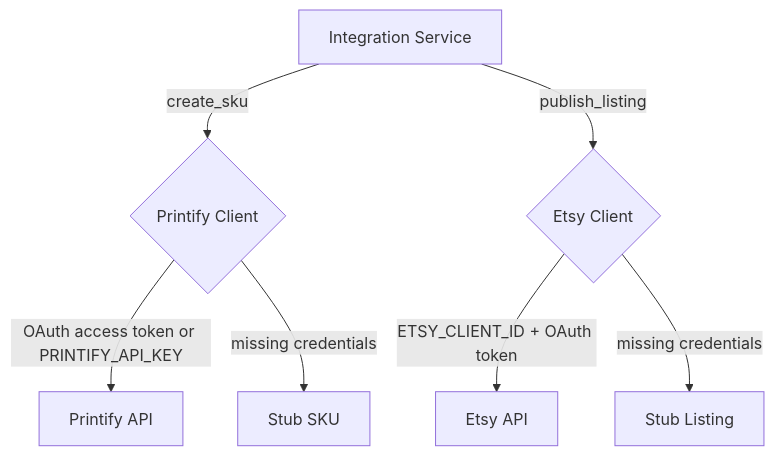
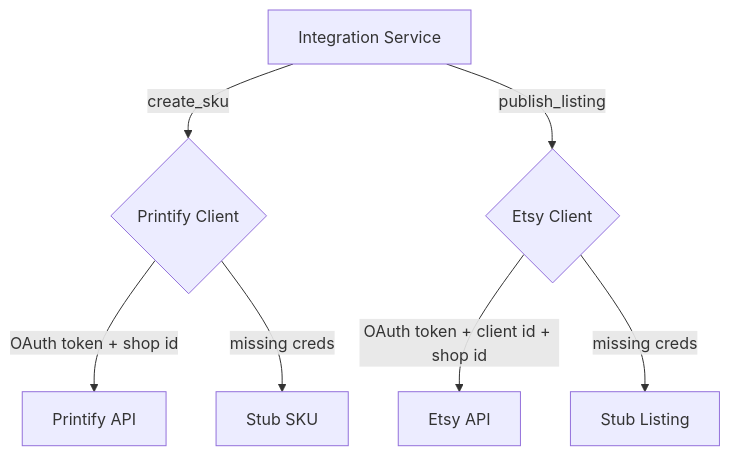
One commit to g4mm4p4nd4/PODPusher changed the diagram in docs/integrations_architecture.md. Above: the diagram before and after it, drawn with Mermaid. The commit also changed other lines of this file and 9 other files, not shown here.

````diff
--- a/docs/integrations_architecture.md
+++ b/docs/integrations_architecture.md
@@ -5,9 +14,9 @@
 ```mermaid
 flowchart TD
     A[Integration Service] -->|create_sku| B{Printify Client}
-    B -->|OAuth access token or PRINTIFY_API_KEY| C[Printify API]
-    B -->|missing credentials| D[Stub SKU]
+    B -->|OAuth token + shop id| C[Printify API]
+    B -->|missing creds| D[Stub SKU]
     A -->|publish_listing| E{Etsy Client}
-    E -->|ETSY_CLIENT_ID + OAuth token| F[Etsy API]
-    E -->|missing credentials| G[Stub Listing]
+    E -->|OAuth token + client id + shop id| F[Etsy API]
+    E -->|missing creds| G[Stub Listing]
 ```
````
